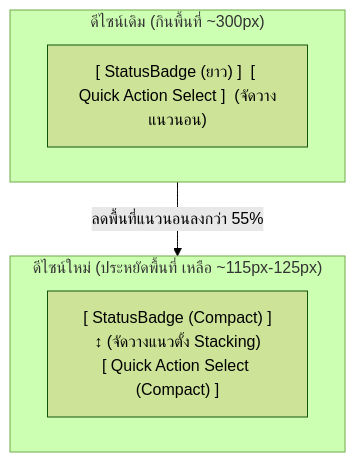
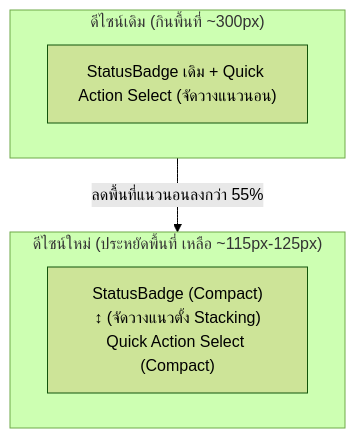
One commit to gnohpmos/event-analyzer changed the ninth of 9 diagrams in system_workflow_update.md. Above: the diagram before and after it, drawn with Mermaid (forest theme). The commit also changed other lines of this file, not shown here.

Commit message:
feat: integrate IPGET & TTS APIs, compact status column, and update workflow doc

````diff
--- a/system_workflow_update.md
+++ b/system_workflow_update.md
@@ -336,12 +336,12 @@
 ```mermaid
 flowchart TD
     subgraph OldDesign["ดีไซน์เดิม (กินพื้นที่ ~300px)"]
-        OldRow["[ StatusBadge (ยาว) ]  [ Quick Action Select ]  (จัดวางแนวนอน)"]
+        OldRow["StatusBadge เดิม + Quick Action Select (จัดวางแนวนอน)"]
     end
 
     subgraph NewDesign["ดีไซน์ใหม่ (ประหยัดพื้นที่ เหลือ ~115px-125px)"]
-        NewStack["[ StatusBadge (Compact) ]<br/>↕ (จัดวางแนวตั้ง Stacking)<br/>[ Quick Action Select (Compact) ]"]
+        NewStack["StatusBadge (Compact)<br/>↕ (จัดวางแนวตั้ง Stacking)<br/>Quick Action Select (Compact)"]
     end
 
-    OldDesign -->|ลดพื้นที่แนวนอนลงกว่า 55%| NewDesign
+    OldDesign -->|"ลดพื้นที่แนวนอนลงกว่า 55%"| NewDesign
 ```
````
